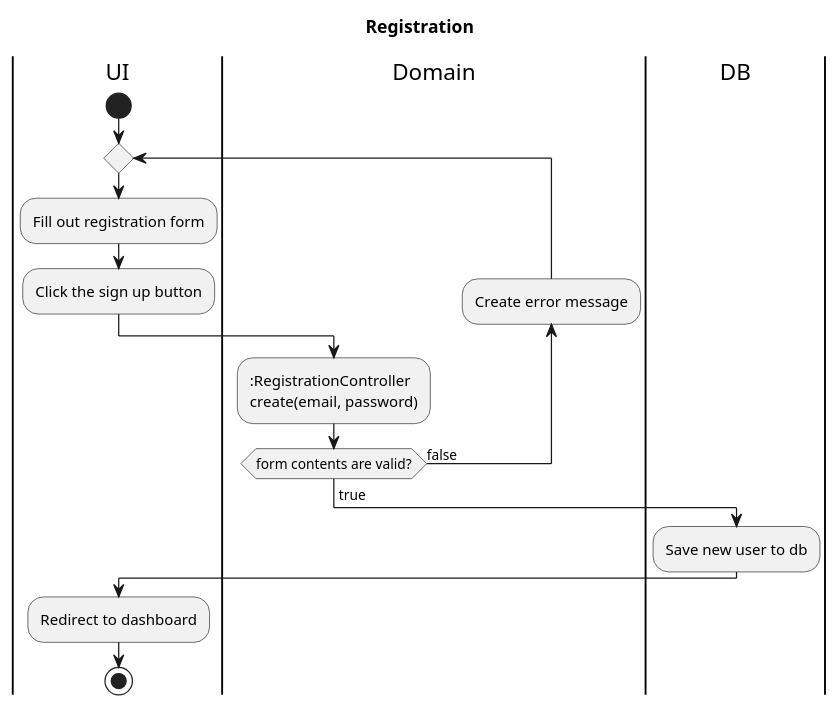
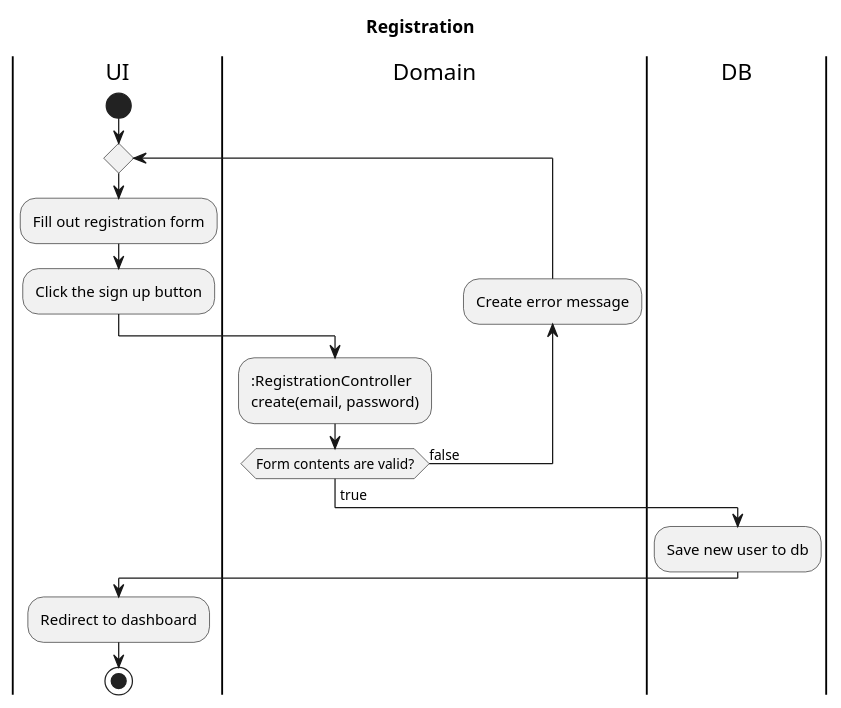
One commit to calebschoepp/canvasync changed the diagram in docs/preliminary_design/registration_ad.plantuml. Above: the diagram before and after it, drawn with PlantUML. The commit also changed 19 other files, not shown here.

Commit message:
Lotta uml

```diff
--- a/docs/preliminary_design/registration_ad.plantuml
+++ b/docs/preliminary_design/registration_ad.plantuml
@@ -1,20 +1,20 @@
 @startuml Registration
 Title Registration
 |UI|
 start
 
 repeat
   :Fill out registration form;
   :Click the sign up button;
   |Domain|
   ::RegistrationController
   create(email, password);
   backward :Create error message;
-repeat while (form contents are valid?) is (false)
+repeat while (Form contents are valid?) is (false)
 ->true;
 |DB|
 :Save new user to db;
 |UI|
 :Redirect to dashboard;
 stop
 @enduml
```
